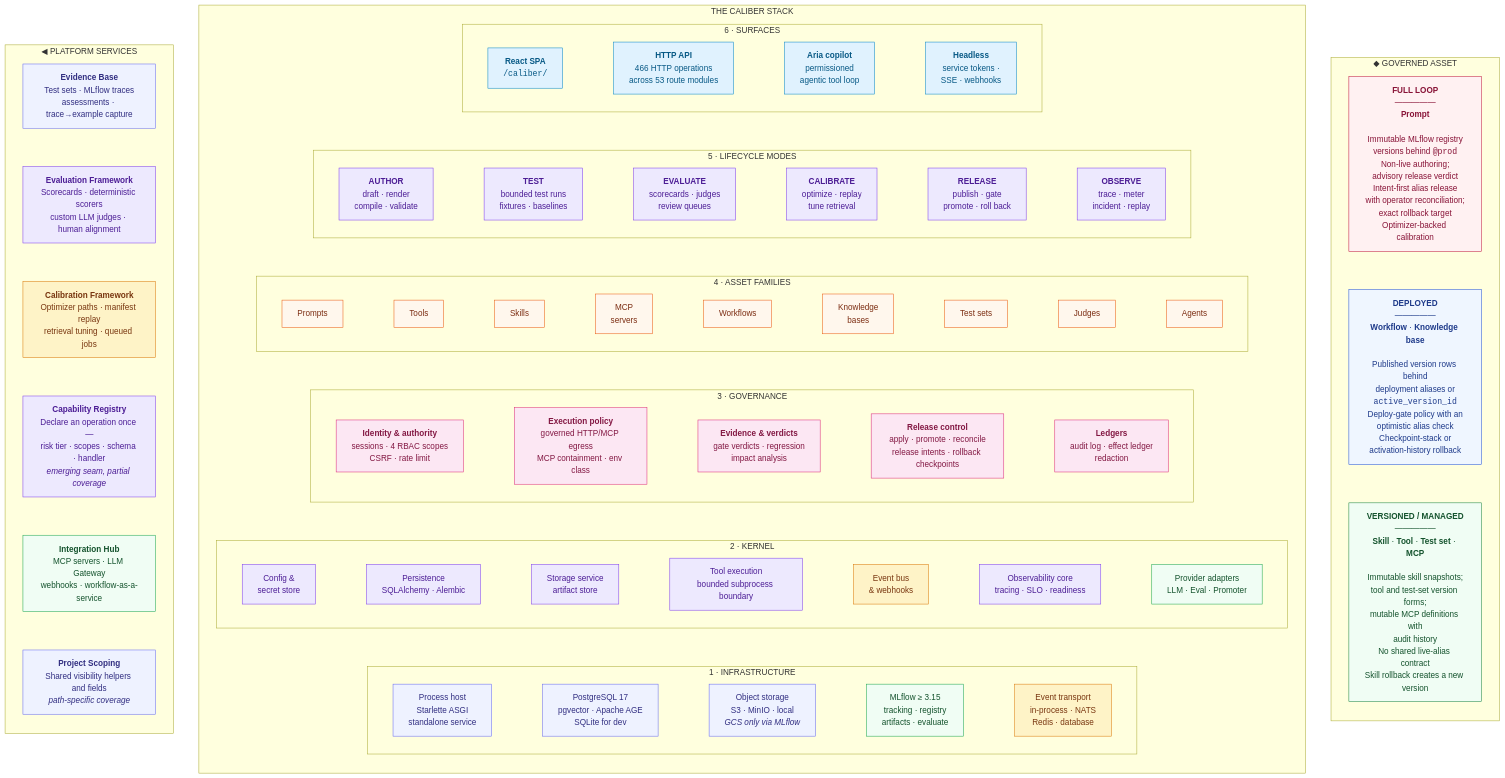
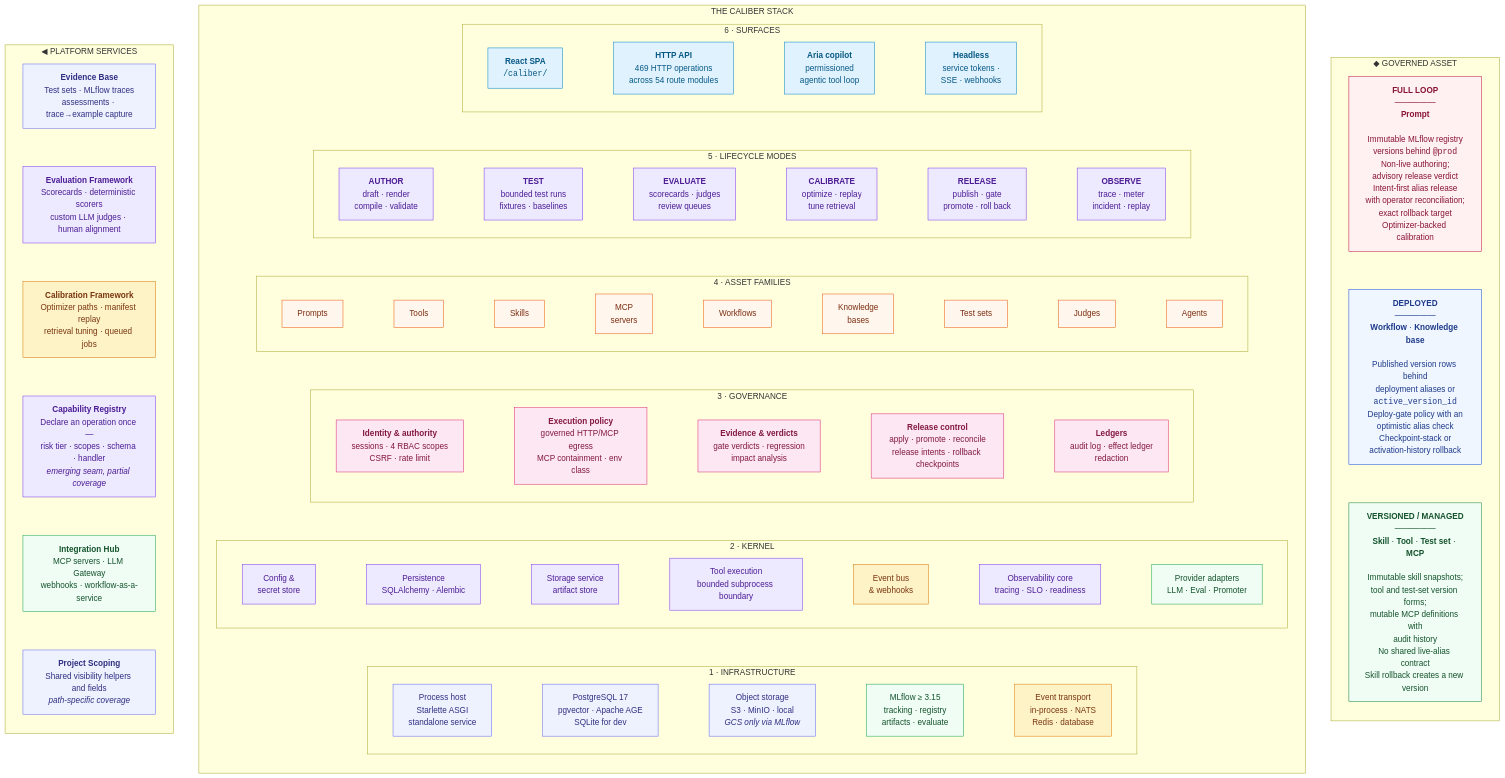
Before and after one commit to rrahimi-uci/caliber-suite: the first of 8 diagrams in ARCHITECTURE.md, drawn with Mermaid. The commit also changed 30 other files, not shown here.

```diff
--- a/ARCHITECTURE.md
+++ b/ARCHITECTURE.md
@@ -105,7 +105,7 @@
     subgraph L6["6 · SURFACES"]
       direction LR
       s1["<b>React SPA</b><br/><code>/caliber/</code>"]:::ui
-      s2["<b>HTTP API</b><br/>466 HTTP operations<br/>across 53 route modules"]:::ui
+      s2["<b>HTTP API</b><br/>469 HTTP operations<br/>across 54 route modules"]:::ui
       s3["<b>Aria copilot</b><br/>permissioned<br/>agentic tool loop"]:::ui
       s4["<b>Headless</b><br/>service tokens ·<br/>SSE · webhooks"]:::ui
       s1 --- s2 --- s3 --- s4
```
